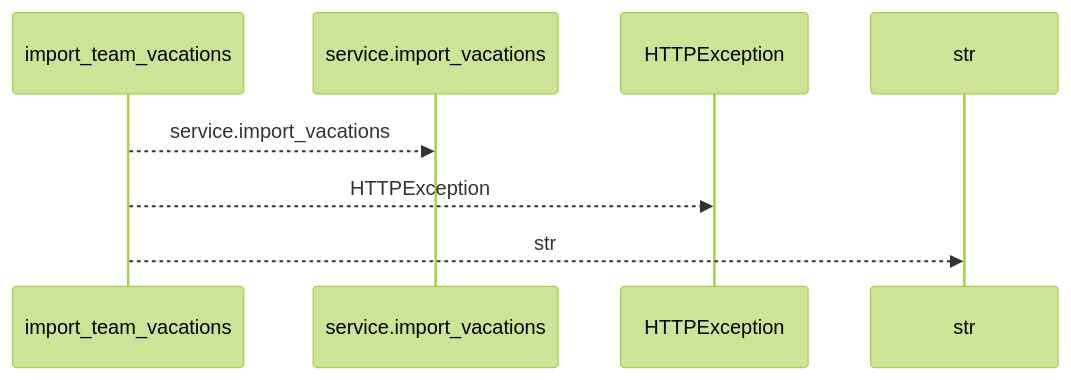
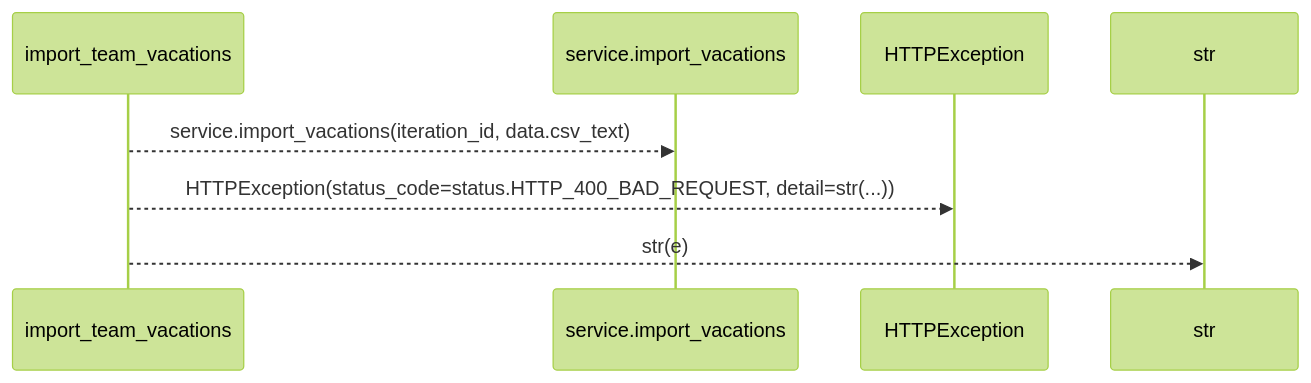
Before and after one commit to Denissvgn/WorkChord: the first of 2 diagrams in docs/llm_wiki/flows/http-import_team_vacations.md, drawn with Mermaid (forest theme). The commit also changed other lines of this file and 25171 other files, not shown here.

````diff
--- a/docs/llm_wiki/flows/http-import_team_vacations.md
+++ b/docs/llm_wiki/flows/http-import_team_vacations.md
@@ -10,10 +12,10 @@
 ```mermaid
 sequenceDiagram
     participant p0 as import_team_vacations
     participant p1 as service.import_vacations
     participant p2 as HTTPException
     participant p3 as str
-    p0-->>p1: service.import_vacations
-    p0-->>p2: HTTPException
-    p0-->>p3: str
+    p0-->>p1: service.import_vacations(iteration_id, data.csv_text)
+    p0-->>p2: HTTPException(status_code=status.HTTP_400_BAD_REQUEST, detail=str(...))
+    p0-->>p3: str(e)
 ```
````
